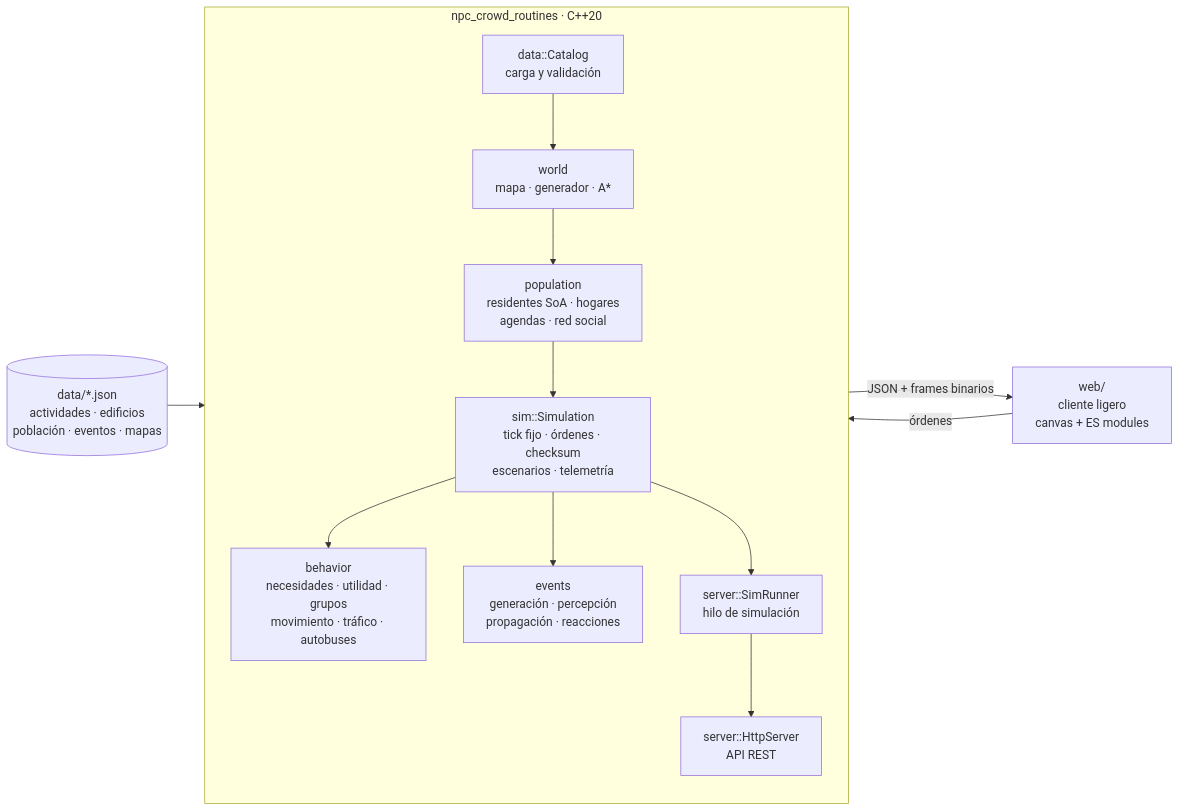
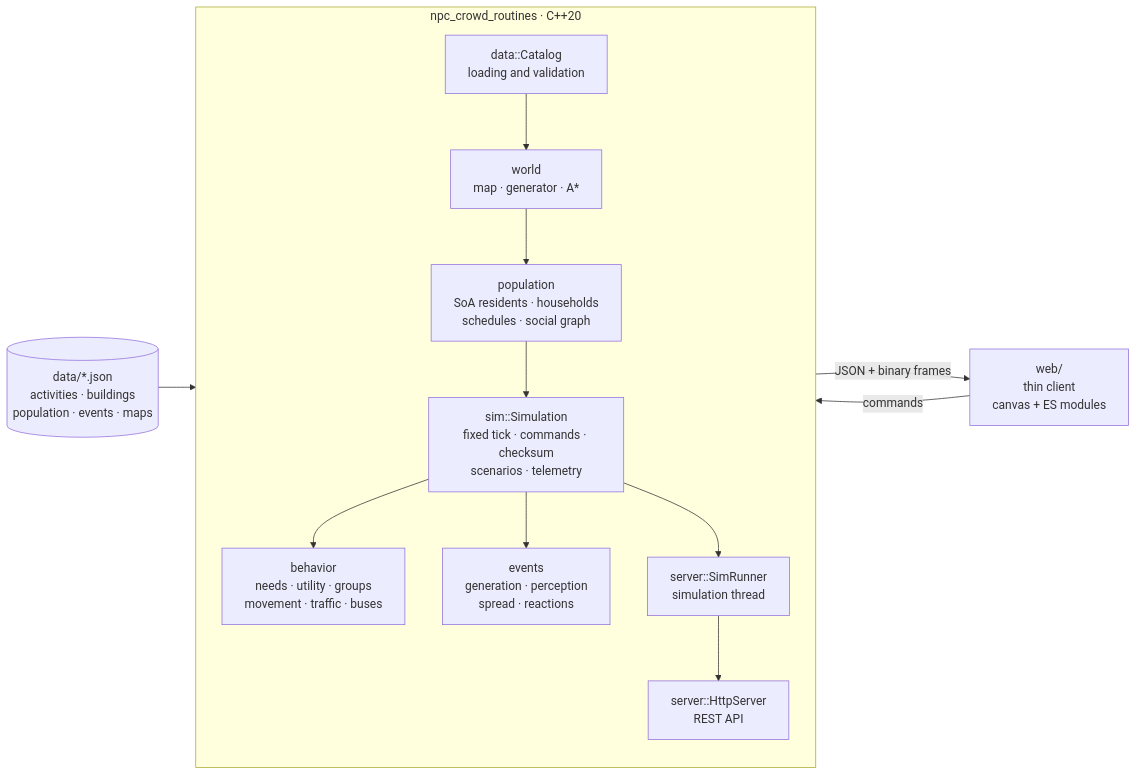
The diagram in README.md (jossseluuu/NPC-CrowdRoutines), drawn with Mermaid before and after one commit. The commit also changed other lines of this file and 4 other files, not shown here.

````diff
--- a/README.md
+++ b/README.md
@@ -270,18 +275,18 @@
 ```mermaid
 flowchart LR
-    data[("data/*.json<br/>actividades · edificios<br/>población · eventos · mapas")] --> catalog
+    data[("data/*.json<br/>activities · buildings<br/>population · events · maps")] --> catalog
 
     subgraph engine["npc_crowd_routines · C++20"]
         direction TB
-        catalog["data::Catalog<br/>carga y validación"] --> world["world<br/>mapa · generador · A*"]
-        world --> pop["population<br/>residentes SoA · hogares<br/>agendas · red social"]
-        pop --> sim["sim::Simulation<br/>tick fijo · órdenes · checksum<br/>escenarios · telemetría"]
-        sim --> beh["behavior<br/>necesidades · utilidad · grupos<br/>movimiento · tráfico · autobuses"]
-        sim --> ev["events<br/>generación · percepción<br/>propagación · reacciones"]
-        sim --> runner["server::SimRunner<br/>hilo de simulación"]
-        runner --> http["server::HttpServer<br/>API REST"]
+        catalog["data::Catalog<br/>loading and validation"] --> world["world<br/>map · generator · A*"]
+        world --> pop["population<br/>SoA residents · households<br/>schedules · social graph"]
+        pop --> sim["sim::Simulation<br/>fixed tick · commands · checksum<br/>scenarios · telemetry"]
+        sim --> beh["behavior<br/>needs · utility · groups<br/>movement · traffic · buses"]
+        sim --> ev["events<br/>generation · perception<br/>spread · reactions"]
+        sim --> runner["server::SimRunner<br/>simulation thread"]
+        runner --> http["server::HttpServer<br/>REST API"]
     end
 
-    http -- "JSON + frames binarios" --> web["web/<br/>cliente ligero<br/>canvas + ES modules"]
-    web -- "órdenes" --> http
+    http -- "JSON + binary frames" --> web["web/<br/>thin client<br/>canvas + ES modules"]
+    web -- "commands" --> http
 ```
````
